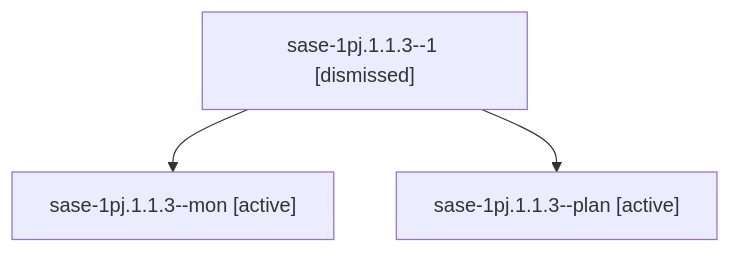
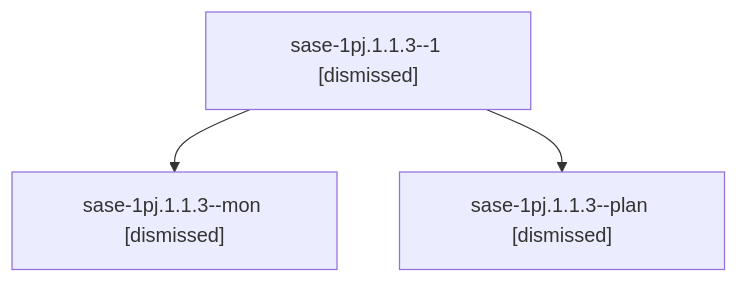
Before and after one commit to sase-org/sase--agents: the diagram in sessions/bbugyi200.athena.sase-1pj.1.1.3.md, drawn with Mermaid. The commit also changed other lines of this file and 258 other files, not shown here.

````diff
--- a/sessions/bbugyi200.athena.sase-1pj.1.1.3.md
+++ b/sessions/bbugyi200.athena.sase-1pj.1.1.3.md
@@ -9,8 +9,8 @@
 ```mermaid
 flowchart TD
   n0["sase-1pj.1.1.3--1 [dismissed]"]
-  n1["sase-1pj.1.1.3--mon [active]"]
+  n1["sase-1pj.1.1.3--mon [dismissed]"]
   n0 --> n1
-  n2["sase-1pj.1.1.3--plan [active]"]
+  n2["sase-1pj.1.1.3--plan [dismissed]"]
   n0 --> n2
 ```
````
